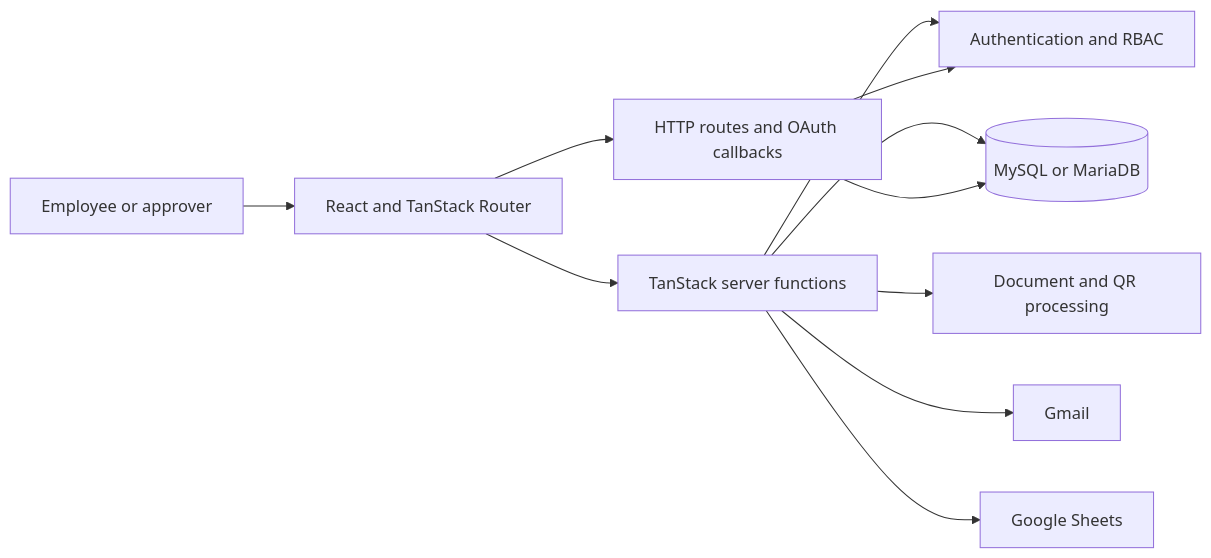
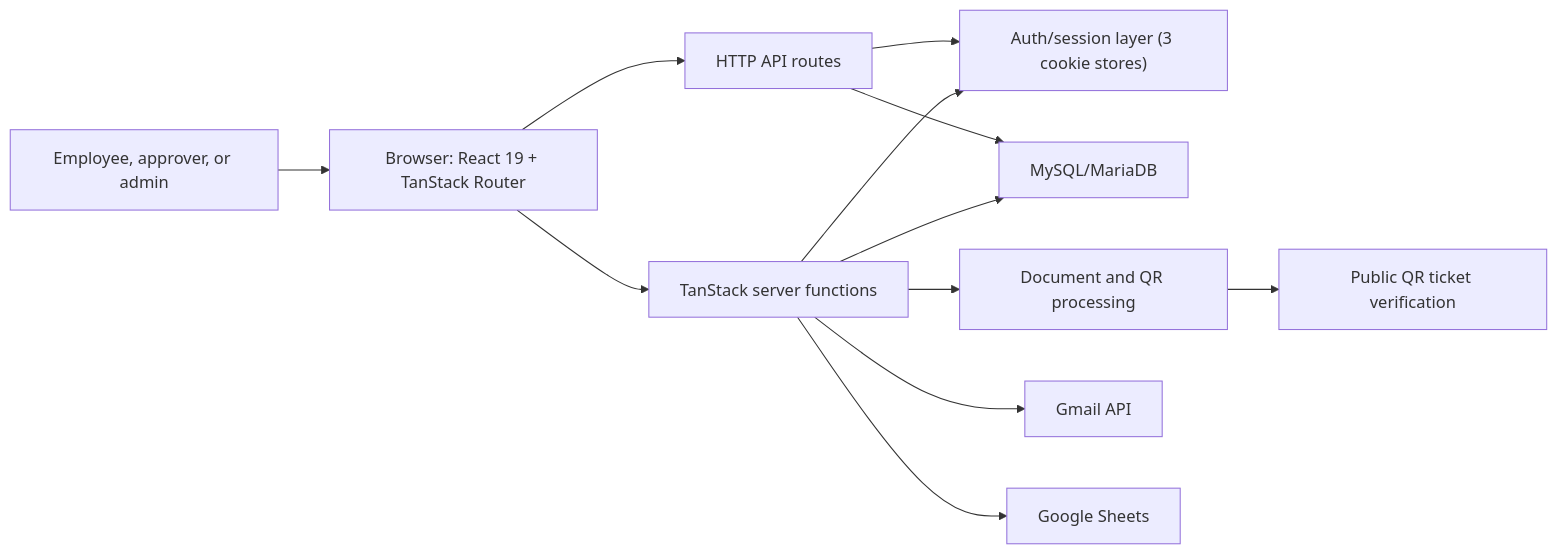
One commit to Tyzon19/loahrdo-team changed the first of 9 diagrams in docs/technical/architecture.mdx. Above: the diagram before and after it, drawn with Mermaid. The commit also changed other lines of this file and 14 other files, not shown here.

````diff
--- a/docs/technical/architecture.mdx
+++ b/docs/technical/architecture.mdx
@@ -22,13 +25,14 @@
 ```mermaid
 flowchart LR
-    U[Employee or approver] --> R[React and TanStack Router]
-    R --> SF[TanStack server functions]
-    R --> API[HTTP routes and OAuth callbacks]
-    SF --> AUTH[Authentication and RBAC]
-    SF --> DB[(MySQL or MariaDB)]
-    SF --> DOC[Document and QR processing]
-    SF --> MAIL[Gmail]
-    SF --> SHEETS[Google Sheets]
+    U["Employee, approver, or admin"] --> R["Browser: React 19 + TanStack Router"]
+    R --> SF["TanStack server functions"]
+    R --> API["HTTP API routes"]
+    SF --> AUTH["Auth/session layer (3 cookie stores)"]
+    SF --> DB["MySQL/MariaDB"]
+    SF --> DOC["Document and QR processing"]
+    SF --> MAIL["Gmail API"]
+    SF --> SHEETS["Google Sheets"]
     API --> AUTH
     API --> DB
+    DOC --> QR["Public QR ticket verification"]
 ```
````
